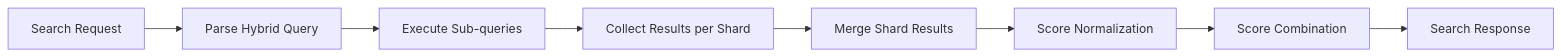
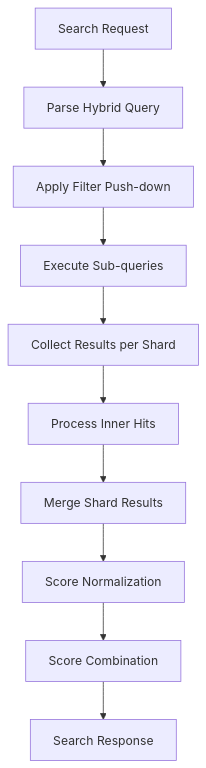
The second of 2 diagrams in docs/features/neural-search/hybrid-query.md (tkykenmt/opensearch-feature-explorer), drawn with Mermaid before and after one commit. The commit also changed other lines of this file and 2 other files, not shown here.

````diff
--- a/docs/features/neural-search/hybrid-query.md
+++ b/docs/features/neural-search/hybrid-query.md
@@ -31,10 +38,12 @@
 ```mermaid
-flowchart LR
+flowchart TB
     Query[Search Request] --> Parse[Parse Hybrid Query]
-    Parse --> Execute[Execute Sub-queries]
+    Parse --> ApplyFilter[Apply Filter Push-down]
+    ApplyFilter --> Execute[Execute Sub-queries]
     Execute --> Collect[Collect Results per Shard]
-    Collect --> Merge[Merge Shard Results]
+    Collect --> InnerHits[Process Inner Hits]
+    InnerHits --> Merge[Merge Shard Results]
     Merge --> Normalize[Score Normalization]
     Normalize --> Combine[Score Combination]
     Combine --> Response[Search Response]
 ```
````
